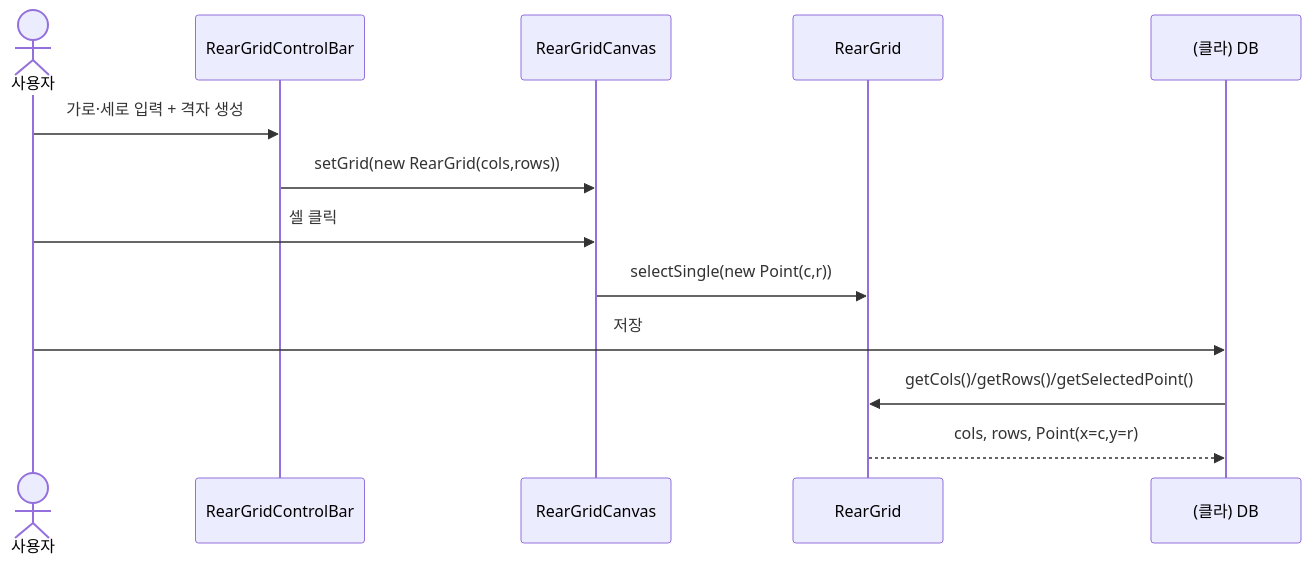
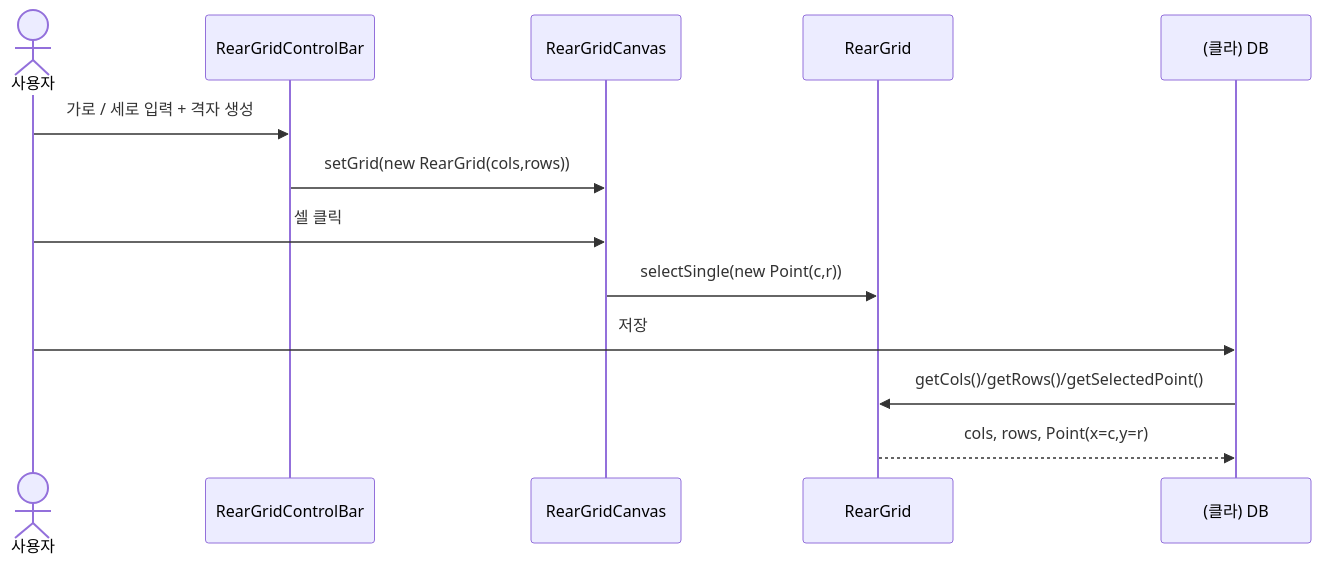
The second of 6 diagrams in R158/apx/REAR_GRID_API.md (HanSeongDeok/APX_PoC), drawn with Mermaid before and after one commit. The commit also changed other lines of this file and 96 other files, not shown here.

````diff
--- a/R158/apx/REAR_GRID_API.md
+++ b/R158/apx/REAR_GRID_API.md
@@ -202,15 +202,15 @@
 ```mermaid
 sequenceDiagram
     actor U as 사용자
     participant CB as RearGridControlBar
     participant CV as RearGridCanvas
     participant G as RearGrid
     participant DB as (클라) DB
-    U->>CB: 가로·세로 입력 + 격자 생성
+    U->>CB: 가로 / 세로 입력 + 격자 생성
     CB->>CV: setGrid(new RearGrid(cols,rows))
     U->>CV: 셀 클릭
     CV->>G: selectSingle(new Point(c,r))
     U->>DB: 저장
     DB->>G: getCols()/getRows()/getSelectedPoint()
     G-->>DB: cols, rows, Point(x=c,y=r)
 ```
````
